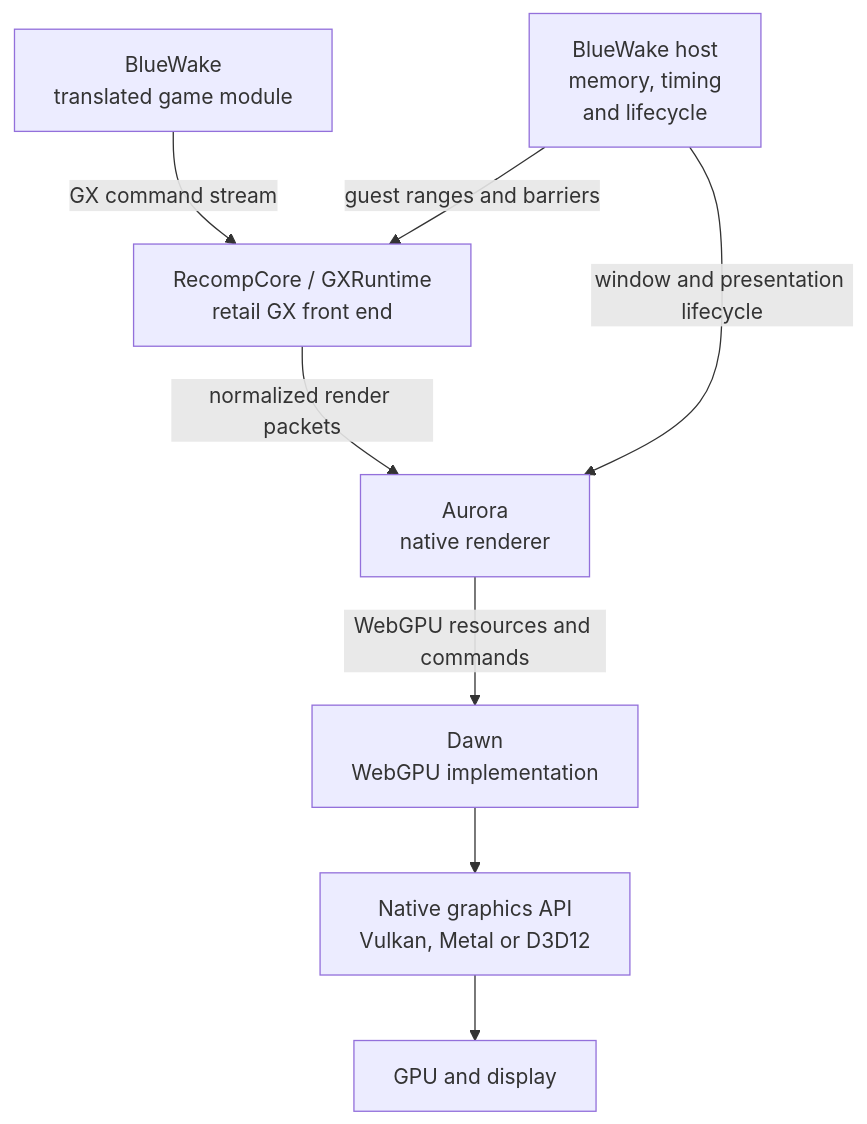
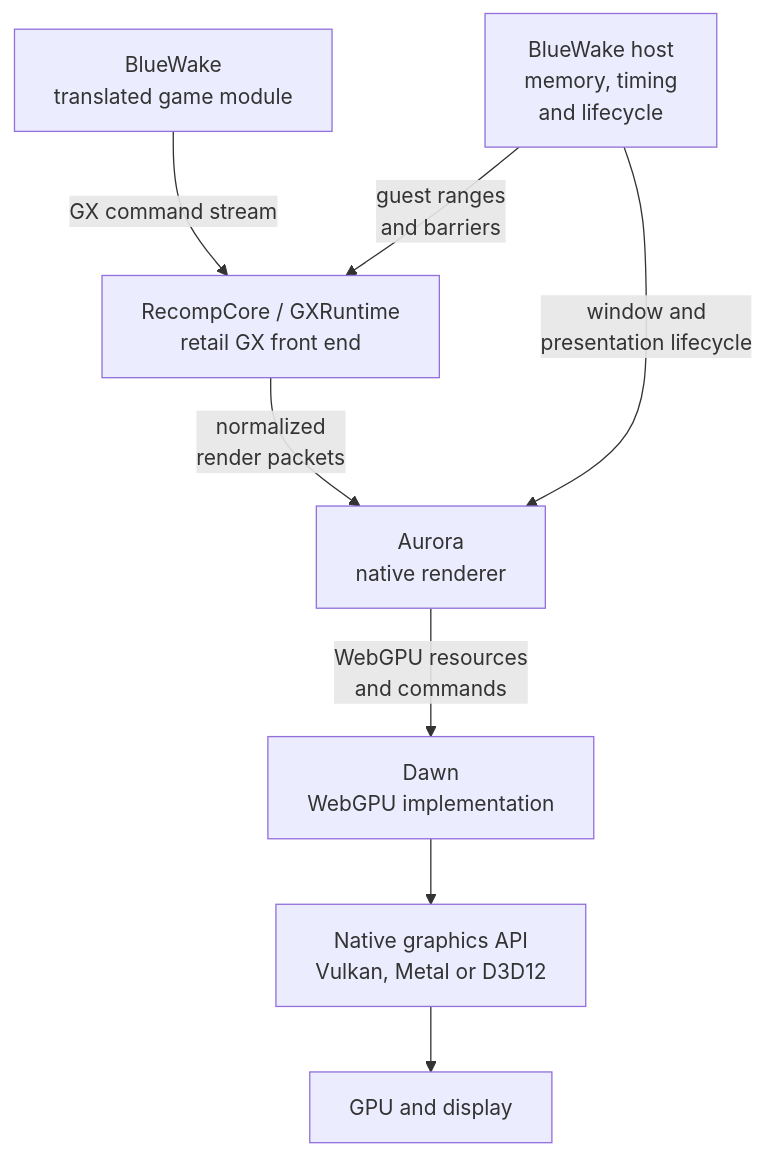
One commit to Aelbannan/boat_of_daphnes changed the first of 11 diagrams in docs/architecture/Graphics.md. Above: the diagram before and after it, drawn with Mermaid. The commit also changed other lines of this file and 7 other files, not shown here.

Commit message:
Wrap Mermaid diagram labels

````diff
--- a/docs/architecture/Graphics.md
+++ b/docs/architecture/Graphics.md
@@ -56,24 +56,24 @@
 ```mermaid
 flowchart TD
     Game["`BlueWake
 translated game module`"]
     Host["`BlueWake host
 memory, timing
 and lifecycle`"]
     GX["`RecompCore / GXRuntime
 retail GX front end`"]
     Aurora["`Aurora
 native renderer`"]
     Dawn["`Dawn
 WebGPU implementation`"]
     API["`Native graphics API
 Vulkan, Metal or D3D12`"]
     GPU["`GPU and display`"]
 
     Game -->|"GX command stream"| GX
-    Host -->|"guest ranges and barriers"| GX
-    GX -->|"normalized render packets"| Aurora
-    Host -->|"window and presentation lifecycle"| Aurora
-    Aurora -->|"WebGPU resources and commands"| Dawn
+    Host -->|"guest ranges<br/>and barriers"| GX
+    GX -->|"normalized<br/>render packets"| Aurora
+    Host -->|"window and<br/>presentation lifecycle"| Aurora
+    Aurora -->|"WebGPU resources<br/>and commands"| Dawn
     Dawn --> API --> GPU
 ```
````
